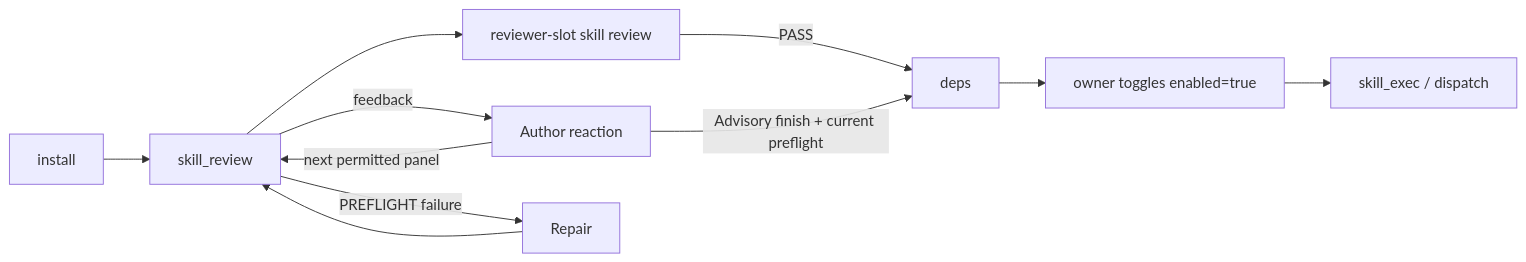
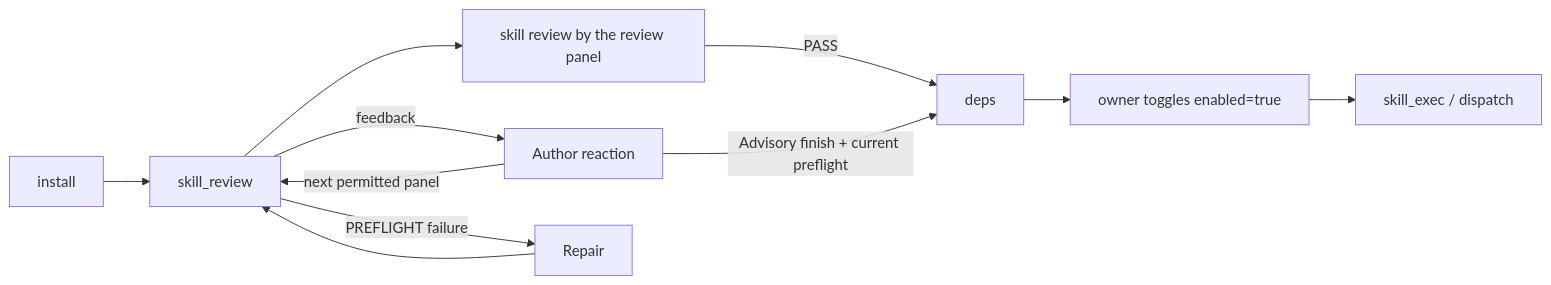
One commit to josephsteuerjr/ouroboros changed the diagram in docs/CREATING_SKILLS.md. Above: the diagram before and after it, drawn with Mermaid. The commit also changed 14 other files, not shown here.

First line of the commit message:
Name the review panel and pool in model and owner texts

````diff
--- a/docs/CREATING_SKILLS.md
+++ b/docs/CREATING_SKILLS.md
@@ -180,13 +180,13 @@
 ```mermaid
 flowchart LR
     install[install] --> review[skill_review]
-    review --> triad[reviewer-slot skill review]
+    review --> triad[skill review by the review panel]
     triad -- PASS --> deps
     deps --> enable[owner toggles enabled=true]
     enable --> execute[skill_exec / dispatch]
     review -- feedback --> reaction[Author reaction]
     reaction -- next permitted panel --> review
     reaction -- Advisory finish + current preflight --> deps
     review -- PREFLIGHT failure --> repair[Repair]
     repair --> review
 ```
````
